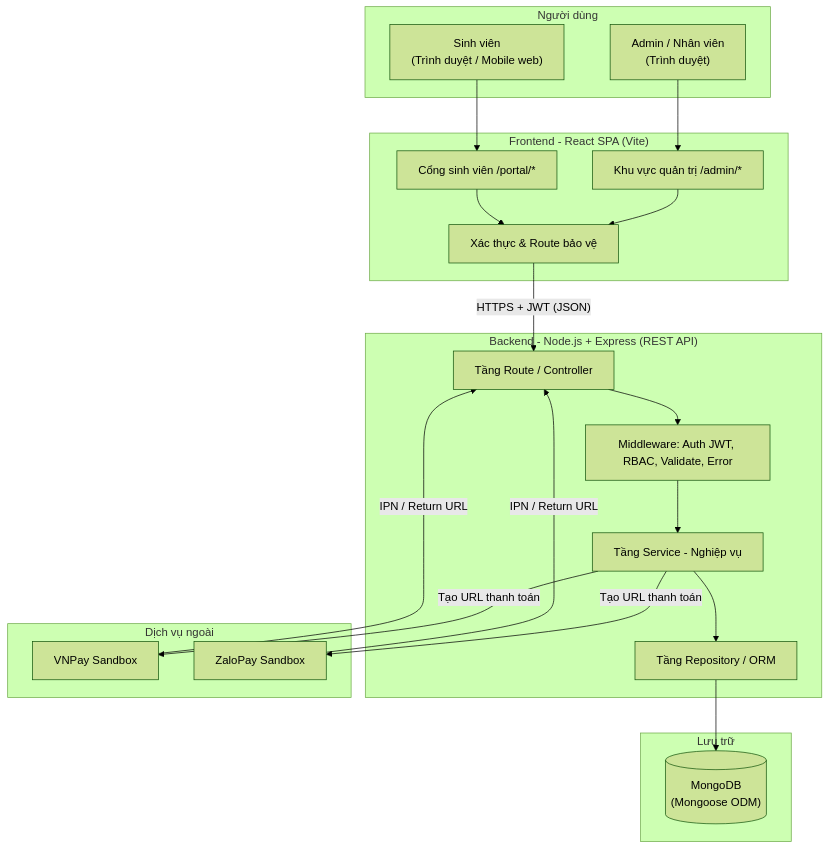
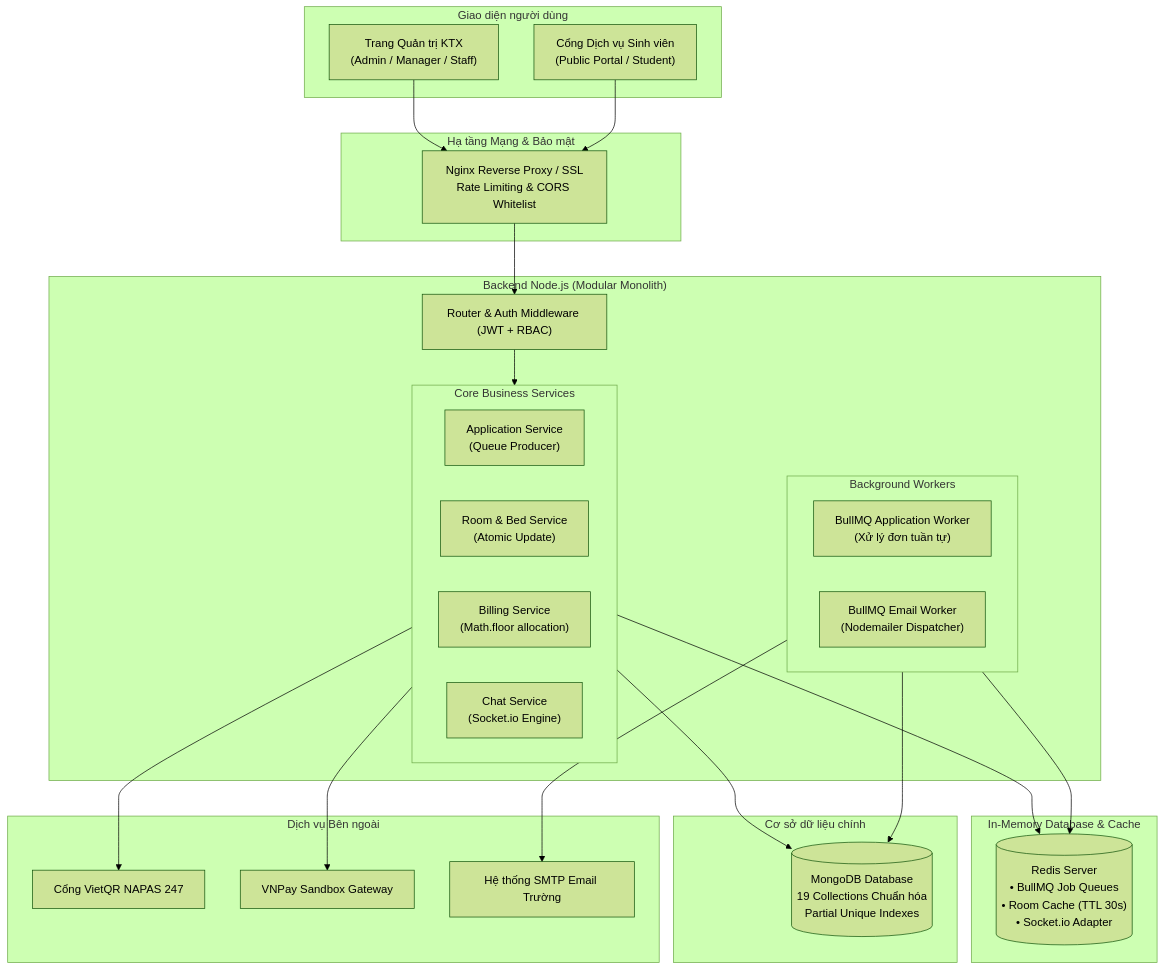
One commit to khanhvx2005/BE_QLKTX changed the second of 2 diagrams in docs/01-TONG-QUAN-DU-AN.md. Above: the diagram before and after it, drawn with Mermaid (forest theme). The commit also changed other lines of this file and 9 other files, not shown here.

````diff
--- a/docs/01-TONG-QUAN-DU-AN.md
+++ b/docs/01-TONG-QUAN-DU-AN.md
@@ -141,43 +118,52 @@
 ```mermaid
 flowchart TB
-    subgraph Client["Người dùng"]
-        A1["Admin / Nhân viên<br/>(Trình duyệt)"]
-        A2["Sinh viên<br/>(Trình duyệt / Mobile web)"]
+    subgraph Client["Giao diện người dùng"]
+        FE_ADM["Trang Quản trị KTX<br/>(Admin / Manager / Staff)"]
+        FE_STU["Cổng Dịch vụ Sinh viên<br/>(Public Portal / Student)"]
     end
 
-    subgraph FE["Frontend - React SPA (Vite)"]
-        F1["Khu vực quản trị /admin/*"]
-        F2["Cổng sinh viên /portal/*"]
-        F3["Xác thực & Route bảo vệ"]
+    subgraph Network["Hạ tầng Mạng & Bảo mật"]
+        LB["Nginx Reverse Proxy / SSL<br/>Rate Limiting & CORS Whitelist"]
     end
 
-    subgraph BE["Backend - Node.js + Express (REST API)"]
-        B1["Tầng Route / Controller"]
-        B4["Middleware: Auth JWT, RBAC, Validate, Error"]
-        B2["Tầng Service - Nghiệp vụ"]
-        B3["Tầng Repository / ORM"]
+    subgraph AppServer["Backend Node.js (Modular Monolith)"]
+        RT["Router & Auth Middleware (JWT + RBAC)"]
+        
+        subgraph Services["Core Business Services"]
+            SVC_APP["Application Service<br/>(Queue Producer)"]
+            SVC_ROOM["Room & Bed Service<br/>(Atomic Update)"]
+            SVC_BILL["Billing Service<br/>(Math.floor allocation)"]
+            SVC_CHAT["Chat Service<br/>(Socket.io Engine)"]
+        end
+        
+        subgraph Workers["Background Workers"]
+            BULL_APP["BullMQ Application Worker<br/>(Xử lý đơn tuần tự)"]
+            BULL_MAIL["BullMQ Email Worker<br/>(Nodemailer Dispatcher)"]
+        end
     end
 
-    subgraph Data["Lưu trữ"]
-        D1[("MongoDB<br/>(Mongoose ODM)")]
+    subgraph InMem["In-Memory Database & Cache"]
+        REDIS[("Redis Server<br/>• BullMQ Job Queues<br/>• Room Cache (TTL 30s)<br/>• Socket.io Adapter")]
     end
 
-    subgraph Ext["Dịch vụ ngoài"]
-        E1["VNPay Sandbox"]
-        E2["ZaloPay Sandbox"]
+    subgraph Storage["Cơ sở dữ liệu chính"]
+        MONGO[("MongoDB Database<br/>19 Collections Chuẩn hóa<br/>Partial Unique Indexes")]
     end
 
-    A1 --> F1
-    A2 --> F2
-    F1 --> F3
-    F2 --> F3
-    F3 -->|"HTTPS + JWT (JSON)"| B1
-    B1 --> B4
-    B4 --> B2
-    B2 --> B3
-    B3 --> D1
-    B2 -->|"Tạo URL thanh toán"| E1
-    B2 -->|"Tạo URL thanh toán"| E2
-    E1 -->|"IPN / Return URL"| B1
-    E2 -->|"IPN / Return URL"| B1
+    subgraph External["Dịch vụ Bên ngoài"]
+        VIETQR["Cổng VietQR NAPAS 247"]
+        VNPAY["VNPay Sandbox Gateway"]
+        SMTP["Hệ thống SMTP Email Trường"]
+    end
+
+    FE_ADM & FE_STU --> LB
+    LB --> RT
+    RT --> Services
+    Services --> REDIS
+    Services --> MONGO
+    Workers --> REDIS
+    Workers --> MONGO
+    Workers --> SMTP
+    Services --> VIETQR
+    Services --> VNPAY
 ```
````
